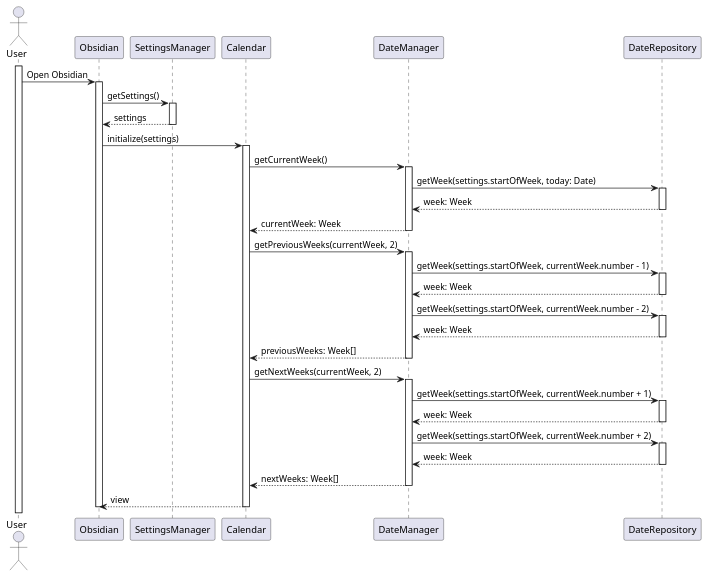
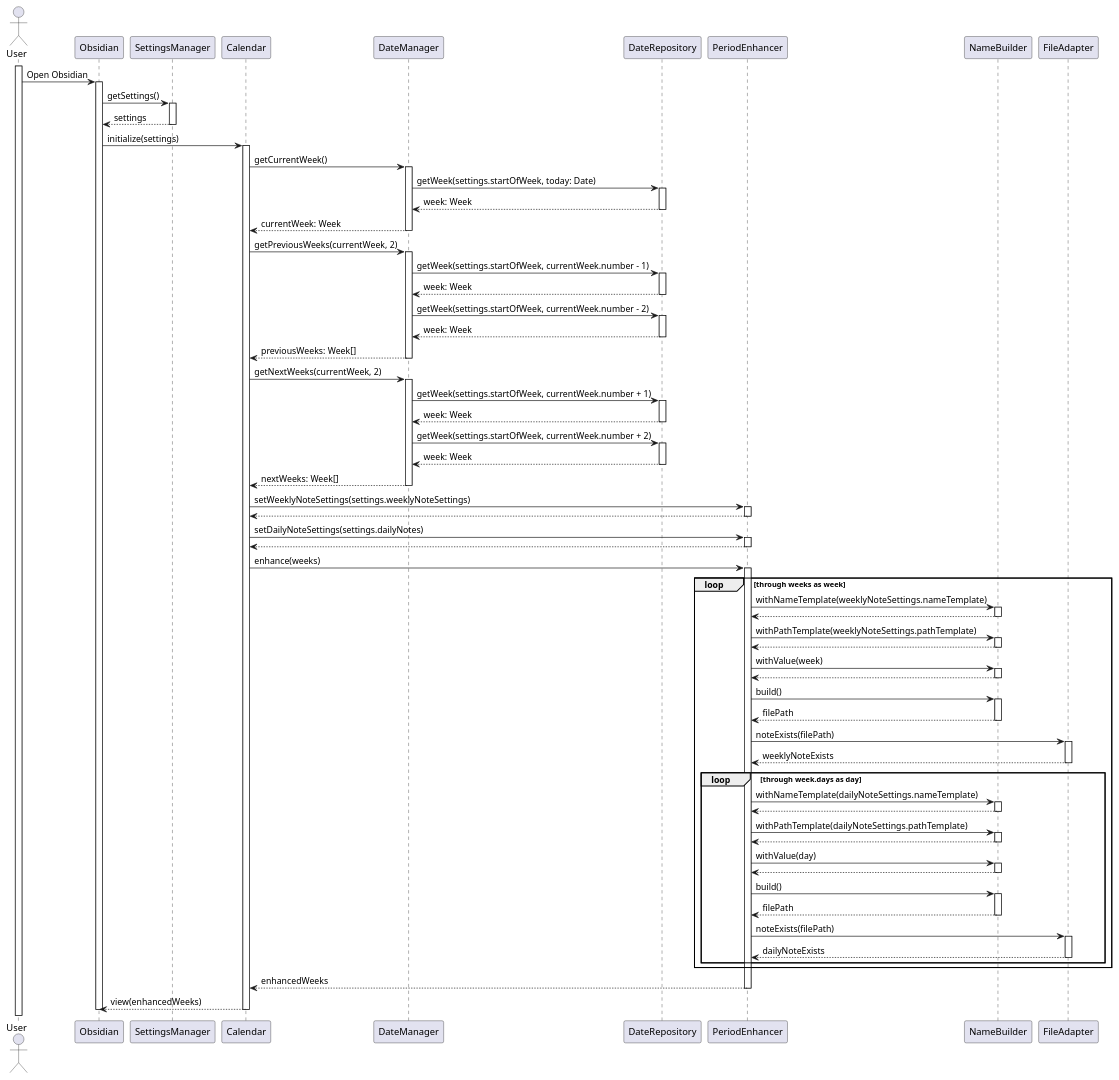
One commit to bartkessels/daily-note-calendar changed the diagram in docs/diagrams/sequence-diagrams/initialize.puml. Above: the diagram before and after it, drawn with PlantUML. The commit also changed 13 other files, not shown here.

Commit message:
Start implementing basic flow

```diff
--- a/docs/diagrams/sequence-diagrams/initialize.puml
+++ b/docs/diagrams/sequence-diagrams/initialize.puml
@@ -1,48 +1,103 @@
 @startuml
 actor User
 
 activate User
 User -> Obsidian: Open Obsidian
 activate Obsidian
 
     Obsidian -> SettingsManager: getSettings()
     activate SettingsManager
     return settings
     deactivate SettingsManager
 
     Obsidian -> Calendar : initialize(settings)
     activate Calendar
         Calendar -> DateManager : getCurrentWeek()
         activate DateManager
             DateManager -> DateRepository : getWeek(settings.startOfWeek, today: Date)
             activate DateRepository
             return week: Week
         return currentWeek: Week
 
         Calendar -> DateManager : getPreviousWeeks(currentWeek, 2)
         activate DateManager
             DateManager -> DateRepository : getWeek(settings.startOfWeek, currentWeek.number - 1)
             activate DateRepository
             return week: Week
 
             DateManager -> DateRepository : getWeek(settings.startOfWeek, currentWeek.number - 2)
             activate DateRepository
             return week: Week
 
         return previousWeeks: Week[]
 
         Calendar -> DateManager : getNextWeeks(currentWeek, 2)
         activate DateManager
             DateManager -> DateRepository : getWeek(settings.startOfWeek, currentWeek.number + 1)
             activate DateRepository
             return week: Week
 
             DateManager -> DateRepository : getWeek(settings.startOfWeek, currentWeek.number + 2)
             activate DateRepository
             return week: Week
         return nextWeeks: Week[]
 
-    return view
+        Calendar -> PeriodEnhancer: setWeeklyNoteSettings(settings.weeklyNoteSettings)
+        activate PeriodEnhancer
+        return
+
+        Calendar -> PeriodEnhancer: setDailyNoteSettings(settings.dailyNotes)
+        activate PeriodEnhancer
+        return
+
+        Calendar -> PeriodEnhancer: enhance(weeks)
+        activate PeriodEnhancer
+            loop through weeks as week
+                PeriodEnhancer -> NameBuilder: withNameTemplate(weeklyNoteSettings.nameTemplate)
+                activate NameBuilder
+                return
+
+                PeriodEnhancer -> NameBuilder: withPathTemplate(weeklyNoteSettings.pathTemplate)
+                activate NameBuilder
+                return
+
+                PeriodEnhancer -> NameBuilder: withValue(week)
+                activate NameBuilder
+                return
+
+                PeriodEnhancer -> NameBuilder: build()
+                activate NameBuilder
+                return filePath
+
+                PeriodEnhancer -> FileAdapter: noteExists(filePath)
+                activate FileAdapter
+                return weeklyNoteExists
+
+                loop through week.days as day
+                    PeriodEnhancer -> NameBuilder: withNameTemplate(dailyNoteSettings.nameTemplate)
+                    activate NameBuilder
+                    return
+
+                    PeriodEnhancer -> NameBuilder: withPathTemplate(dailyNoteSettings.pathTemplate)
+                    activate NameBuilder
+                    return
+
+                    PeriodEnhancer -> NameBuilder: withValue(day)
+                    activate NameBuilder
+                    return
+
+                    PeriodEnhancer -> NameBuilder: build()
+                    activate NameBuilder
+                    return filePath
+
+                    PeriodEnhancer -> FileAdapter: noteExists(filePath)
+                    activate FileAdapter
+                    return dailyNoteExists
+                end
+            end
+        return enhancedWeeks
+
+    return view(enhancedWeeks)
 deactivate Obsidian
 
 @enduml
```
